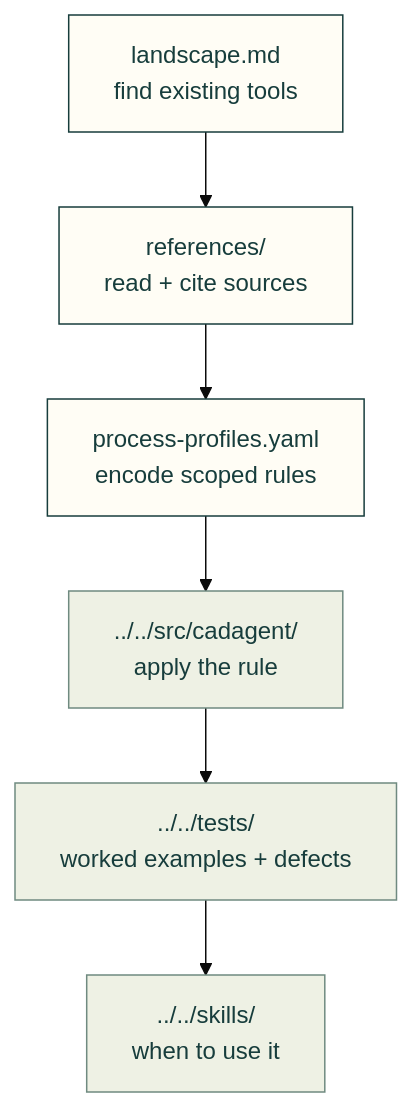
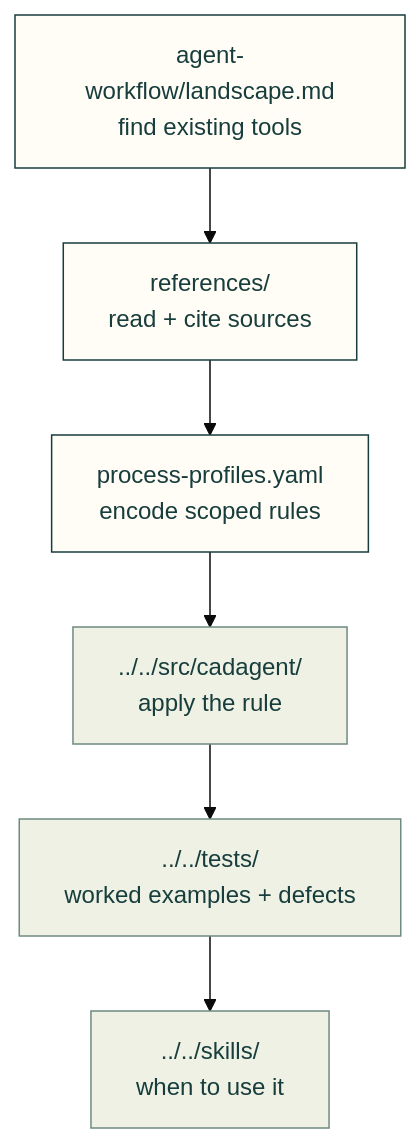
One commit to Valpatel/cad-agent changed the diagram in docs/research/README.md. Above: the diagram before and after it, drawn with Mermaid (base theme). The commit also changed 6 other files, not shown here.

````diff
--- a/docs/research/README.md
+++ b/docs/research/README.md
@@ -7,12 +7,12 @@
 ```mermaid
 flowchart TD
-    L["landscape.md<br/>find existing tools"] --> R["references/<br/>read + cite sources"]
+    L["agent-workflow/landscape.md<br/>find existing tools"] --> R["references/<br/>read + cite sources"]
     R --> P["process-profiles.yaml<br/>encode scoped rules"]
     P --> C["../../src/cadagent/<br/>apply the rule"]
     C --> T["../../tests/<br/>worked examples + defects"]
     T --> S["../../skills/<br/>when to use it"]
     classDef here fill:#fffdf5,stroke:#173d3c,color:#173d3c
     classDef near fill:#eef1e4,stroke:#6f8a80,color:#173d3c
     class L,R,P here
     class C,T,S near
 ```
````
